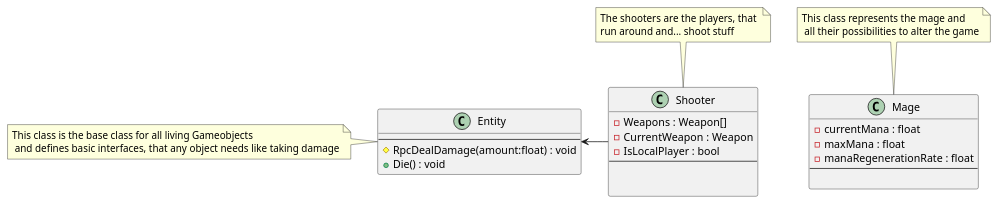
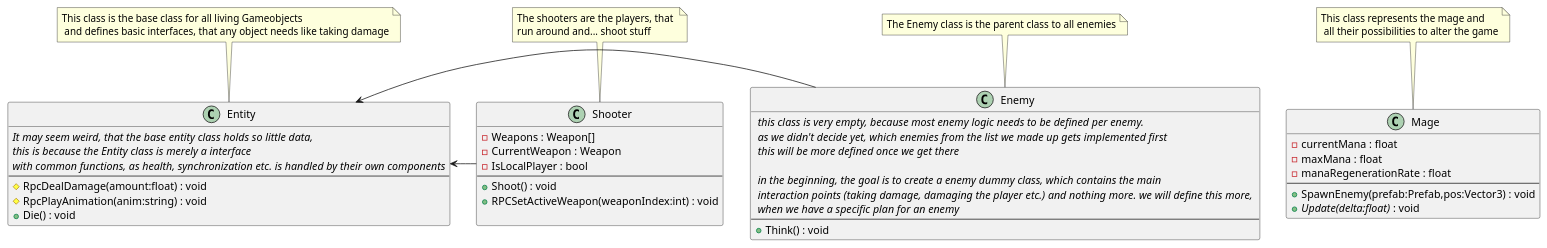
The diagram in Diagrams/MainClasses.puml (Neckar-Code-Collective/Design-Docs), drawn with PlantUML before and after one commit. The commit also changed 11 other files, not shown here.

```diff
--- a/Diagrams/MainClasses.puml
+++ b/Diagrams/MainClasses.puml
@@ -1,39 +1,59 @@
 @startuml MainClasses
 
 
 
 class Mage {
     - currentMana : float
     - maxMana : float
     - manaRegenerationRate : float
     --
-
+    + SpawnEnemy(prefab:Prefab,pos:Vector3) : void
+    + <i>Update(delta:float)</i> : void
 }
 
 note top of Mage : This class represents the mage and\n all their possibilities to alter the game
 
 class Entity {
+    <i>It may seem weird, that the base entity class holds so little data,</i>
+    <i>this is because the Entity class is merely a interface </i>
+    <i>with common functions, as health, synchronization etc. is handled by their own components</i>
     --
     # RpcDealDamage(amount:float) : void
+    # RpcPlayAnimation(anim:string) : void
     + Die() : void
 }
 
 Entity <- Shooter
 
 class Shooter {
     - Weapons : Weapon[]
     - CurrentWeapon : Weapon
     - IsLocalPlayer : bool
     --
-    
+    + Shoot() : void
+    + RPCSetActiveWeapon(weaponIndex:int) : void
 
 }
 
+class Enemy{
+    <i> this class is very empty, because most enemy logic needs to be defined per enemy.</i>
+    <i> as we didn't decide yet, which enemies from the list we made up gets implemented first</i>
+    <i> this will be more defined once we get there</i>
+    
+    <i> in the beginning, the goal is to create a enemy dummy class, which contains the main</i>
+    <i> interaction points (taking damage, damaging the player etc.) and nothing more. we will define this more, </i>
+    <i> when we have a specific plan for an enemy</i>
+    --
+    + Think() : void
+}
 
+Entity <- Enemy
+
+note top of Enemy : The Enemy class is the parent class to all enemies
 
 
 note top of Shooter : The shooters are the players, that \nrun around and... shoot stuff
 
-note left of Entity : This class is the base class for all living Gameobjects \n and defines basic interfaces, that any object needs like taking damage
+note top of Entity : This class is the base class for all living Gameobjects \n and defines basic interfaces, that any object needs like taking damage
 
 @enduml
```
